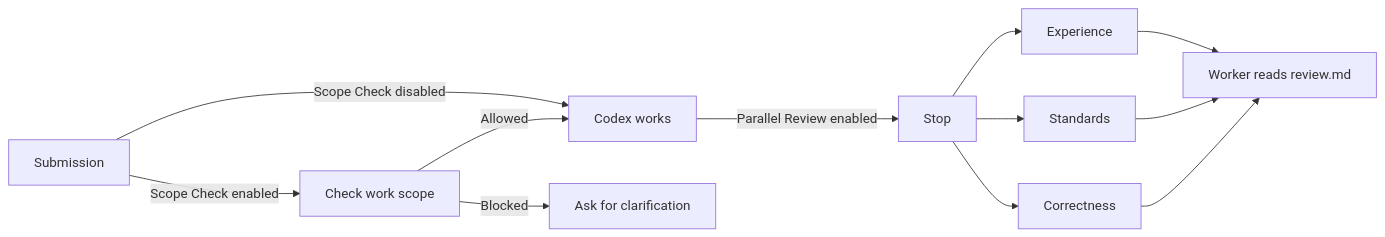
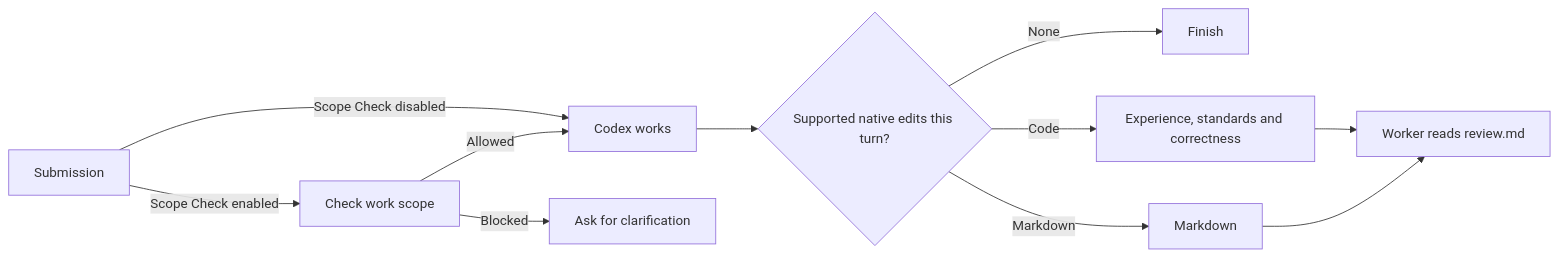
One commit to ArthurZakirov/codex-work-hooks changed the diagram in README.md. Above: the diagram before and after it, drawn with Mermaid. The commit also changed other lines of this file and 15 other files, not shown here.

Commit message:
Route reviews only from successful native patches in the current turn

````diff
--- a/README.md
+++ b/README.md
@@ -38,12 +38,12 @@
 ```mermaid
 flowchart LR
     A[Submission] -->|Scope Check enabled| G[Check work scope]
     A -->|Scope Check disabled| W[Codex works]
     G -->|Allowed| W
     G -->|Blocked| H[Ask for clarification]
-    W -->|Parallel Review enabled| R[Stop]
-    R --> U[Experience]
-    R --> S[Standards]
-    R --> C[Correctness]
-    U & S & C --> F[Worker reads review.md]
+    W --> R{Supported native edits this turn?}
+    R -->|None| D[Finish]
+    R -->|Code| C[Experience, standards and correctness]
+    R -->|Markdown| M[Markdown]
+    C & M --> F[Worker reads review.md]
 ```
````
